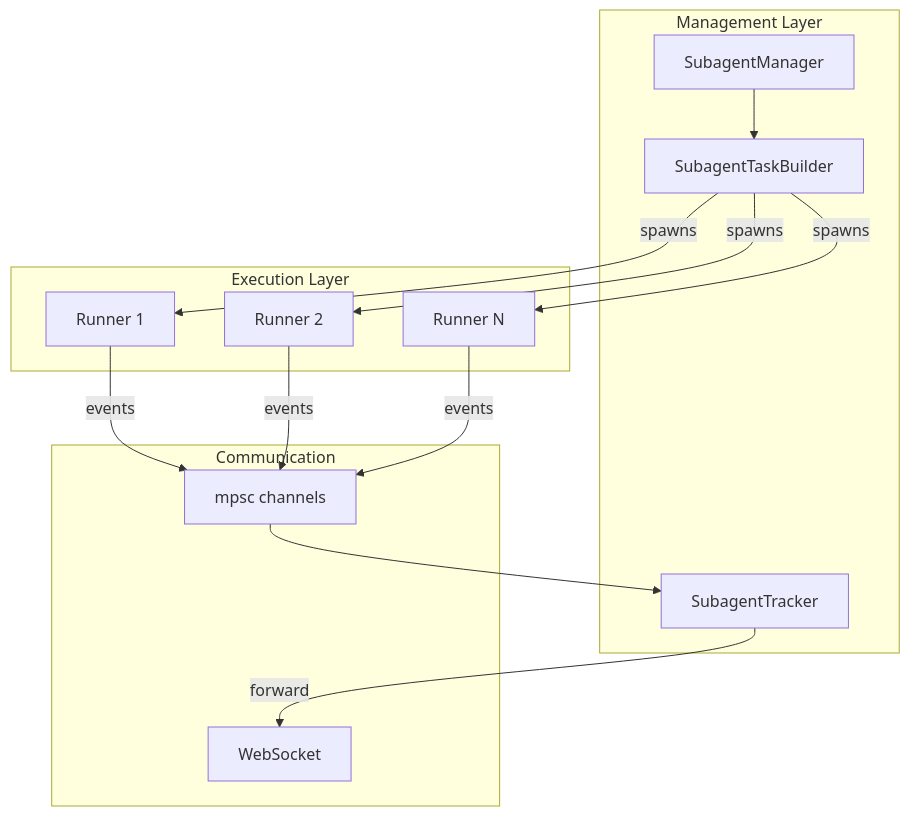
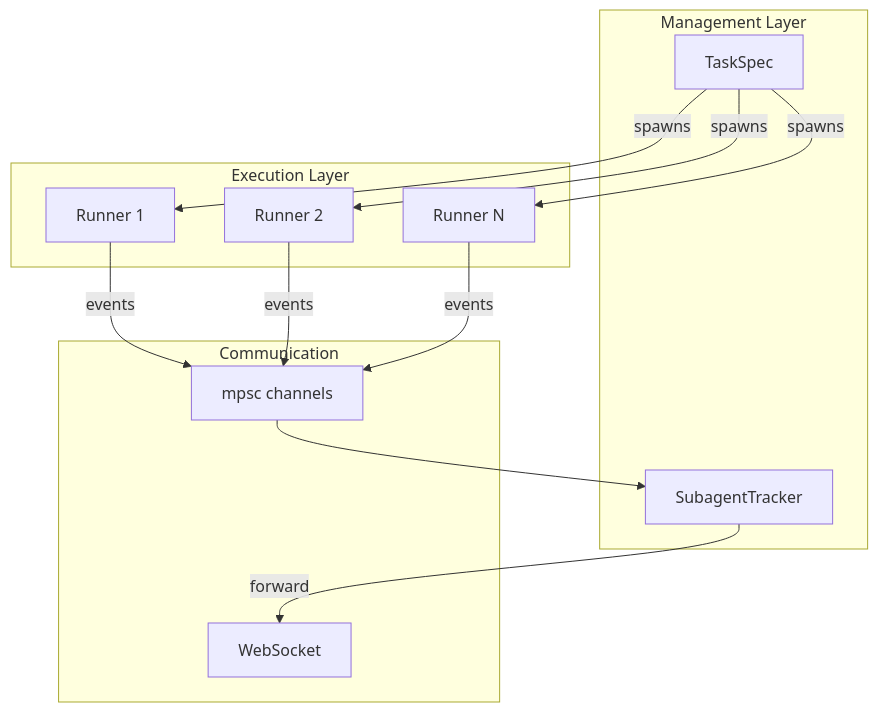
The eighth of 8 diagrams in docs/subagents-en.md (yeheng/nanobot-rs), drawn with Mermaid before and after one commit. The commit also changed other lines of this file and 13 other files, not shown here.

````diff
--- a/docs/subagents-en.md
+++ b/docs/subagents-en.md
@@ -346,31 +357,29 @@
 ```mermaid
 flowchart TB
     subgraph Management["Management Layer"]
-        SM[SubagentManager]
         ST[SubagentTracker]
-        SB[SubagentTaskBuilder]
+        TS[TaskSpec]
     end
     
     subgraph Execution["Execution Layer"]
         R1[Runner 1]
         R2[Runner 2]
         RN[Runner N]
     end
     
     subgraph Communication["Communication"]
         CH[mpsc channels]
         WS[WebSocket]
     end
     
-    SM --> SB
-    SB -->|spawns| R1
-    SB -->|spawns| R2
-    SB -->|spawns| RN
+    TS -->|spawns| R1
+    TS -->|spawns| R2
+    TS -->|spawns| RN
     
     R1 -->|events| CH
     R2 -->|events| CH
     RN -->|events| CH
     
     CH --> ST
     ST -->|forward| WS
 ```
````
